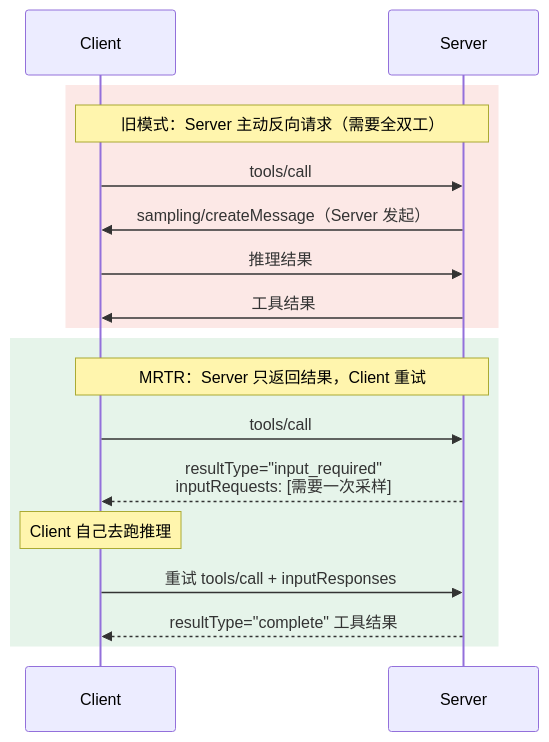
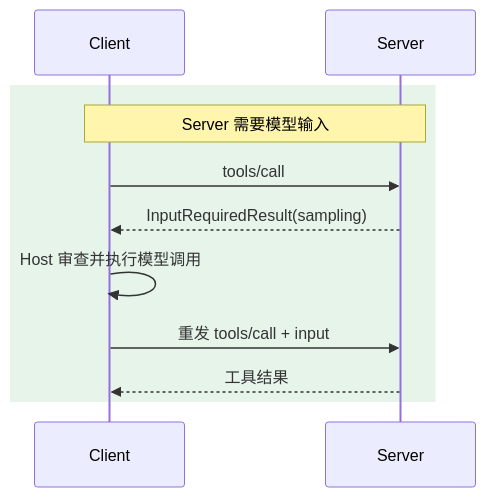
Before and after one commit to oneleaveknowsthefall/awesome-ai-roadmap: the third of 5 diagrams in docs/tools/05-mcp-components.md, drawn with Mermaid. The commit also changed other lines of this file and 77 other files, not shown here.

Commit message:
docs: audit and modernize the AI roadmap

````diff
--- a/docs/tools/05-mcp-components.md
+++ b/docs/tools/05-mcp-components.md
@@ -122,22 +119,14 @@
 ```mermaid
 sequenceDiagram
     participant C as Client
     participant S as Server
 
-    rect rgb(252, 232, 230)
-    Note over C,S: 旧模式：Server 主动反向请求（需要全双工）
+    rect rgb(230, 244, 234)
+    Note over C,S: Server 需要模型输入
     C->>S: tools/call
-    S->>C: sampling/createMessage（Server 发起）
-    C->>S: 推理结果
-    S->>C: 工具结果
-    end
-
-    rect rgb(230, 244, 234)
-    Note over C,S: MRTR：Server 只返回结果，Client 重试
-    C->>S: tools/call
-    S-->>C: resultType="input_required"<br/>inputRequests: [需要一次采样]
-    Note over C: Client 自己去跑推理
-    C->>S: 重试 tools/call + inputResponses
-    S-->>C: resultType="complete" 工具结果
+    S-->>C: InputRequiredResult(sampling)
+    C->>C: Host 审查并执行模型调用
+    C->>S: 重发 tools/call + input
+    S-->>C: 工具结果
     end
 ```
````
